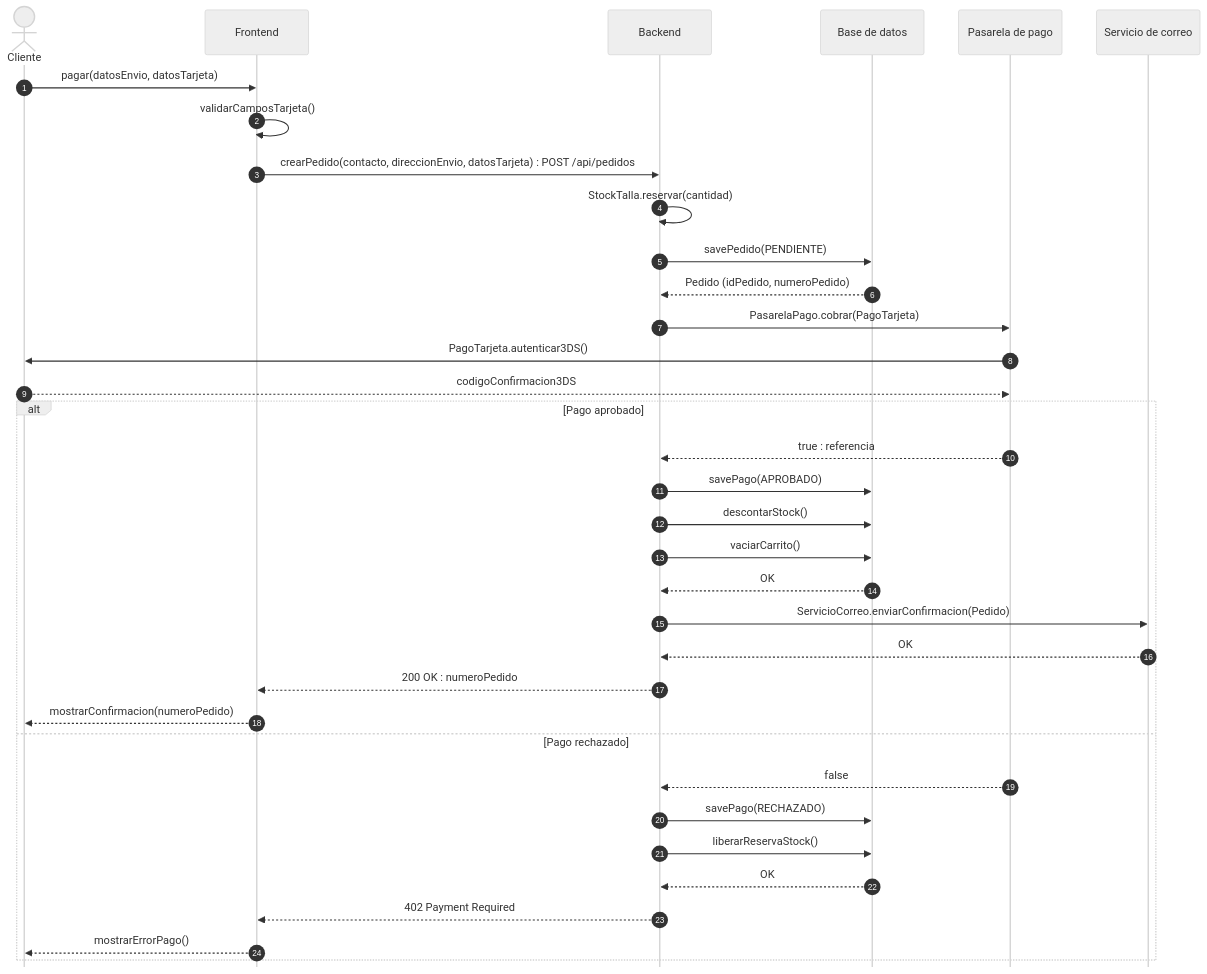
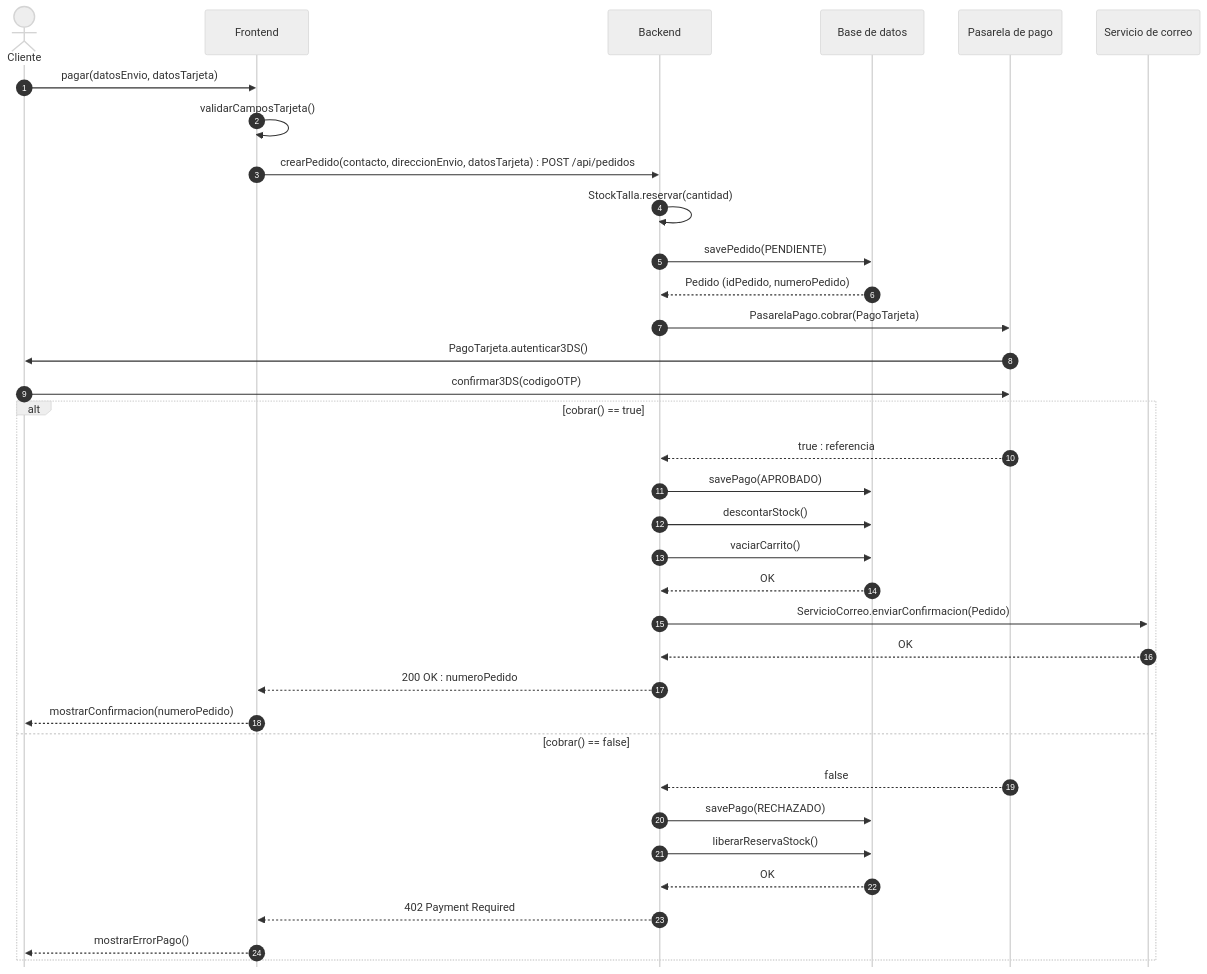
The diagram in Practica3_G11_LaTeX/codigo/sec_us04.mmd (ajgarciarias10/PR3GPS), drawn with Mermaid (neutral theme) before and after one commit. The commit also changed 22 other files, not shown here.

```diff
--- a/Practica3_G11_LaTeX/codigo/sec_us04.mmd
+++ b/Practica3_G11_LaTeX/codigo/sec_us04.mmd
@@ -1,36 +1,36 @@
 %%{init: {'sequence': {'mirrorActors': false}}}%%
 sequenceDiagram
     autonumber
     actor U as Cliente
     participant FE as Frontend
     participant BE as Backend
     participant DB as Base de datos
     participant PG as Pasarela de pago
     participant CO as Servicio de correo
     U->>FE: pagar(datosEnvio, datosTarjeta)
     FE->>FE: validarCamposTarjeta()
     FE->>BE: crearPedido(contacto, direccionEnvio, datosTarjeta) : POST /api/pedidos
     BE->>BE: StockTalla.reservar(cantidad)
     BE->>DB: savePedido(PENDIENTE)
     DB-->>BE: Pedido (idPedido, numeroPedido)
     BE->>PG: PasarelaPago.cobrar(PagoTarjeta)
     PG->>U: PagoTarjeta.autenticar3DS()
-    U-->>PG: codigoConfirmacion3DS
-    alt Pago aprobado
+    U->>PG: confirmar3DS(codigoOTP)
+    alt cobrar() == true
         PG-->>BE: true : referencia
         BE->>DB: savePago(APROBADO)
         BE->>DB: descontarStock()
         BE->>DB: vaciarCarrito()
         DB-->>BE: OK
         BE->>CO: ServicioCorreo.enviarConfirmacion(Pedido)
         CO-->>BE: OK
         BE-->>FE: 200 OK : numeroPedido
         FE-->>U: mostrarConfirmacion(numeroPedido)
-    else Pago rechazado
+    else cobrar() == false
         PG-->>BE: false
         BE->>DB: savePago(RECHAZADO)
         BE->>DB: liberarReservaStock()
         DB-->>BE: OK
         BE-->>FE: 402 Payment Required
         FE-->>U: mostrarErrorPago()
     end
```
